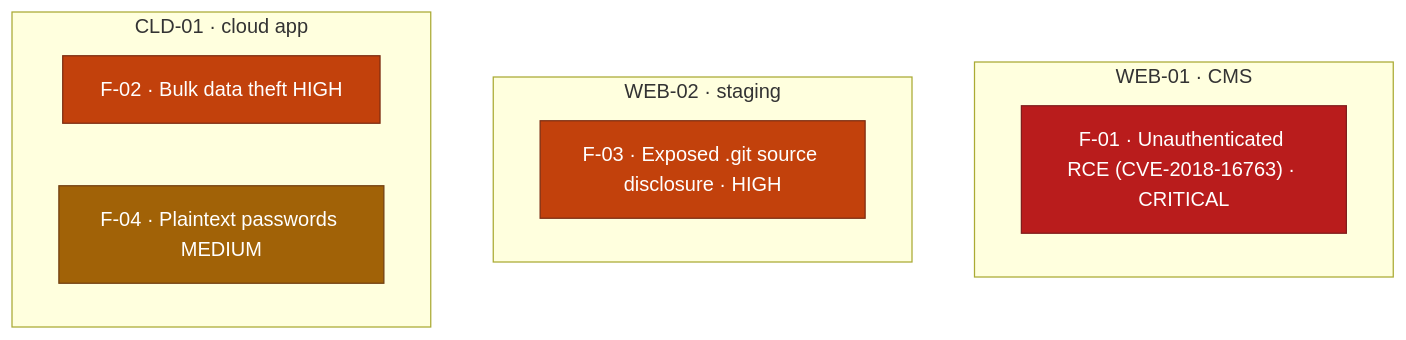
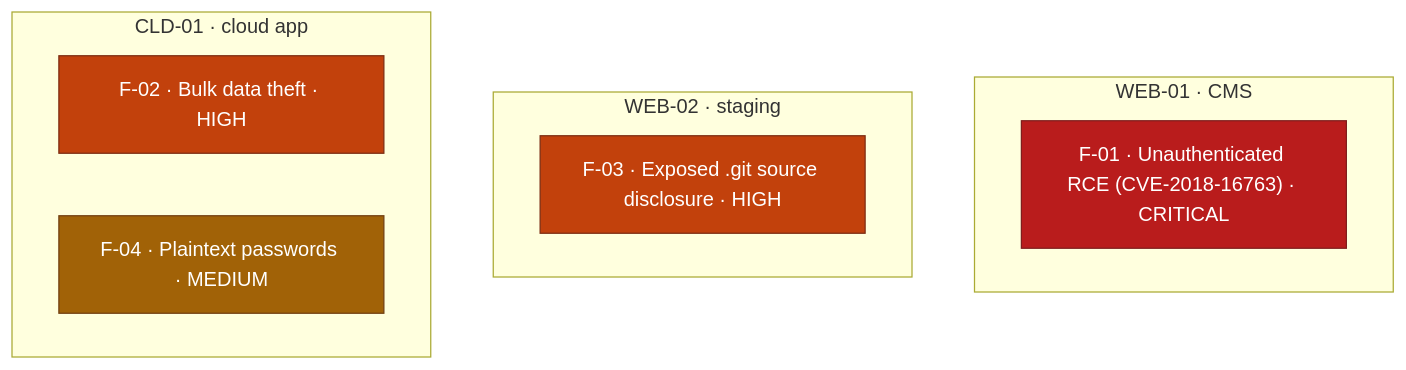
The diagram in reports/lab-assessment-2026-08.md (ouroboros-white/cybersecurity-portfolio), drawn with Mermaid before and after one commit. The commit also changed 7 other files, not shown here.

````diff
--- a/reports/lab-assessment-2026-08.md
+++ b/reports/lab-assessment-2026-08.md
@@ -63,19 +63,19 @@
 ```mermaid
 flowchart TD
     subgraph WEB01["WEB-01 · CMS"]
       A1["F-01 · Unauthenticated RCE (CVE-2018-16763) · CRITICAL"]
     end
     subgraph WEB02["WEB-02 · staging"]
       A3["F-03 · Exposed .git source disclosure · HIGH"]
     end
     subgraph CLD01["CLD-01 · cloud app"]
-      A2["F-02 · Bulk data theft HIGH"]
-      A4["F-04 · Plaintext passwords MEDIUM"]
+      A2["F-02 · Bulk data theft · HIGH"]
+      A4["F-04 · Plaintext passwords · MEDIUM"]
     end
     classDef crit fill:#b91c1c,stroke:#7f1d1d,color:#ffffff;
     classDef high fill:#c2410c,stroke:#7c2d12,color:#ffffff;
     classDef med fill:#a16207,stroke:#713f12,color:#ffffff;
     class A1 crit;
     class A2,A3 high;
     class A4 med;
 ```
````
